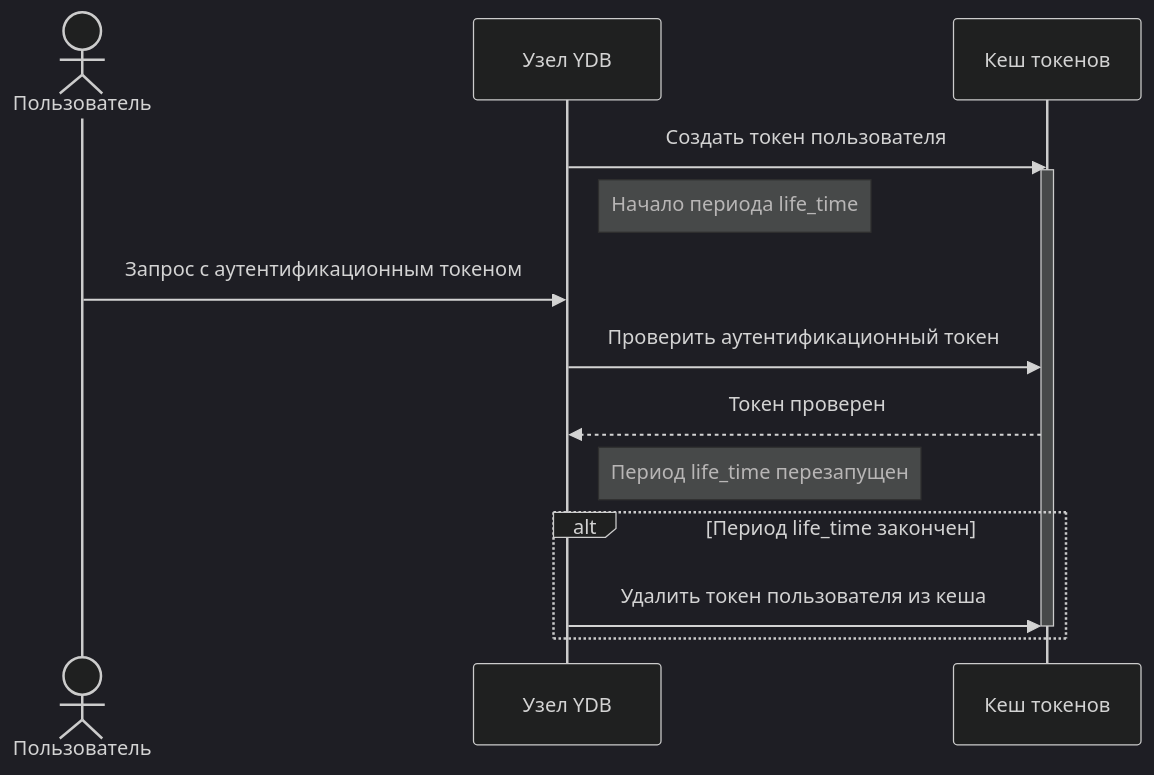
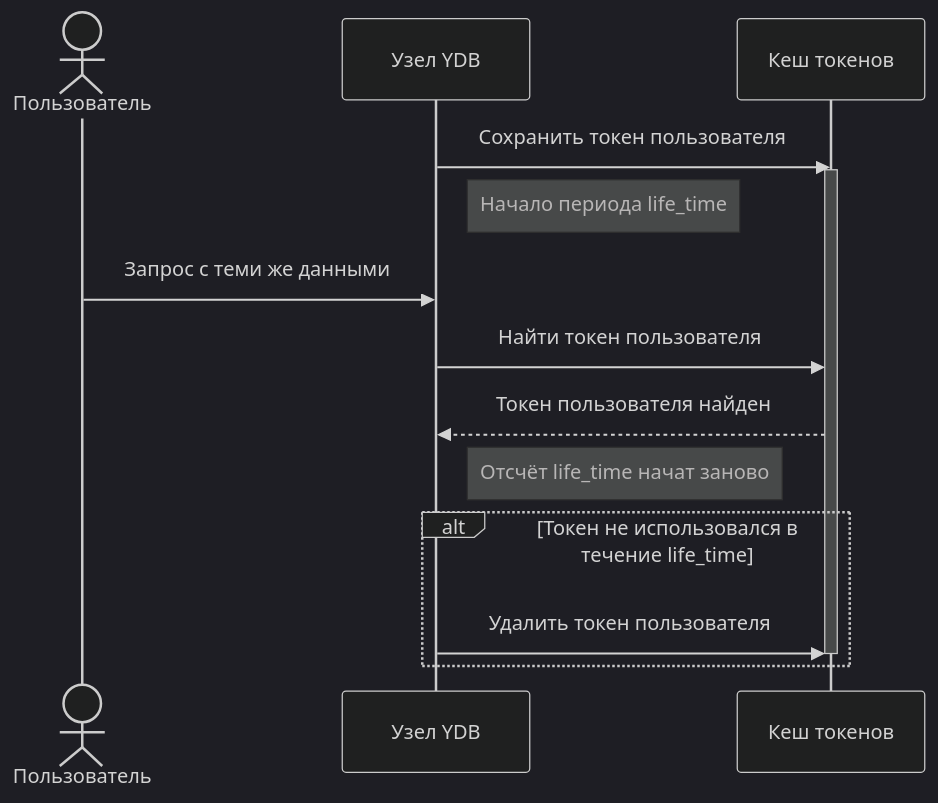
One commit to ydb-platform/ydb changed the second of 2 diagrams in ydb/docs/ru/core/security/caching-authentication-results.md. Above: the diagram before and after it, drawn with Mermaid (dark theme). The commit also changed other lines of this file and 2 other files, not shown here.

````diff
--- a/ydb/docs/ru/core/security/caching-authentication-results.md
+++ b/ydb/docs/ru/core/security/caching-authentication-results.md
@@ -55,20 +47,20 @@
 ```mermaid
 sequenceDiagram
     actor user as Пользователь
     participant node as Узел YDB
     participant cache as Кеш токенов
 
-    node->>cache: Создать токен пользователя
+    node->>cache: Сохранить токен пользователя
     activate cache
     Note right of node: Начало периода life_time
 
-    user->>node: Запрос с аутентификационным токеном
-    node->>cache: Проверить аутентификационный токен
-    cache-->>node: Токен проверен
-    Note right of node: Период life_time перезапущен
+    user->>node: Запрос с теми же данными
+    node->>cache: Найти токен пользователя
+    cache-->>node: Токен пользователя найден
+    Note right of node: Отсчёт life_time начат заново
 
-    alt Период life_time закончен
-    node->>cache: Удалить токен пользователя из кеша
+    alt Токен не использовался в течение life_time
+    node->>cache: Удалить токен пользователя
     deactivate cache
     end
 ```
````
